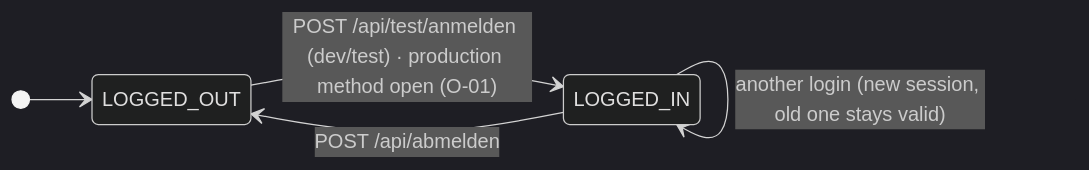
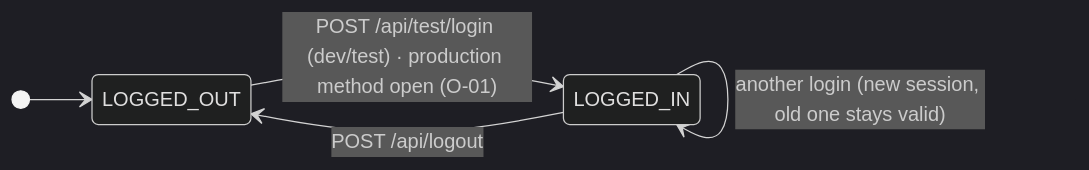
The ninth of 13 diagrams in docs/states.md (cyrilleulmi/StvBeroPlatform), drawn with Mermaid (dark theme) before and after one commit. The commit also changed other lines of this file and 435 other files, not shown here.

````diff
--- a/docs/states.md
+++ b/docs/states.md
@@ -252,8 +252,8 @@
 ```mermaid
 stateDiagram-v2
     direction LR
     [*] --> LOGGED_OUT
-    LOGGED_OUT --> LOGGED_IN: POST /api/test/anmelden (dev/test) · production method open (O-01)
-    LOGGED_IN --> LOGGED_OUT: POST /api/abmelden
+    LOGGED_OUT --> LOGGED_IN: POST /api/test/login (dev/test) · production method open (O-01)
+    LOGGED_IN --> LOGGED_OUT: POST /api/logout
     LOGGED_IN --> LOGGED_IN: another login (new session, old one stays valid)
 ```
````
